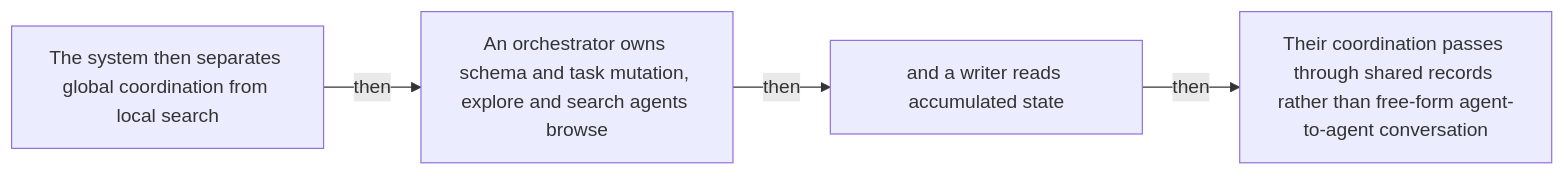
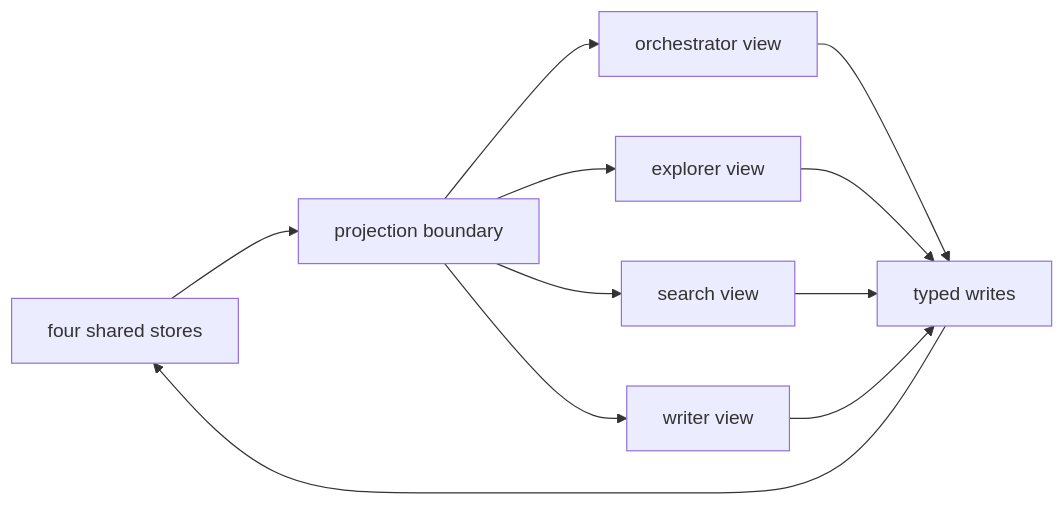
One commit to Betancourt1/paper_atlas changed the third of 9 diagrams in docs/visual-manifests/VISUAL_MANIFEST_SEARCHOS_V1.md. Above: the diagram before and after it, drawn with Mermaid. The commit also changed other lines of this file and 52 other files, not shown here.

````diff
--- a/docs/visual-manifests/VISUAL_MANIFEST_SEARCHOS_V1.md
+++ b/docs/visual-manifests/VISUAL_MANIFEST_SEARCHOS_V1.md
@@ -769,10 +345,20 @@
 ```mermaid
 flowchart LR
-  n1["The system then separates global coordination from local search"]
-  n2["An orchestrator owns schema and task mutation, explore and search agents browse"]
-  n3["and a writer reads accumulated state"]
-  n4["Their coordination passes through shared records rather than free-form agent-to-agent conversation"]
-  n1 -->|"then"| n2
-  n2 -->|"then"| n3
-  n3 -->|"then"| n4
+  n0["four shared stores"]
+  n1["projection boundary"]
+  n2["orchestrator view"]
+  n3["explorer view"]
+  n4["search view"]
+  n5["writer view"]
+  n6["typed writes"]
+  n0 --> n1
+  n1 --> n2
+  n1 --> n3
+  n1 --> n4
+  n1 --> n5
+  n2 --> n6
+  n3 --> n6
+  n4 --> n6
+  n5 --> n6
+  n6 --> n0
 ```
````
